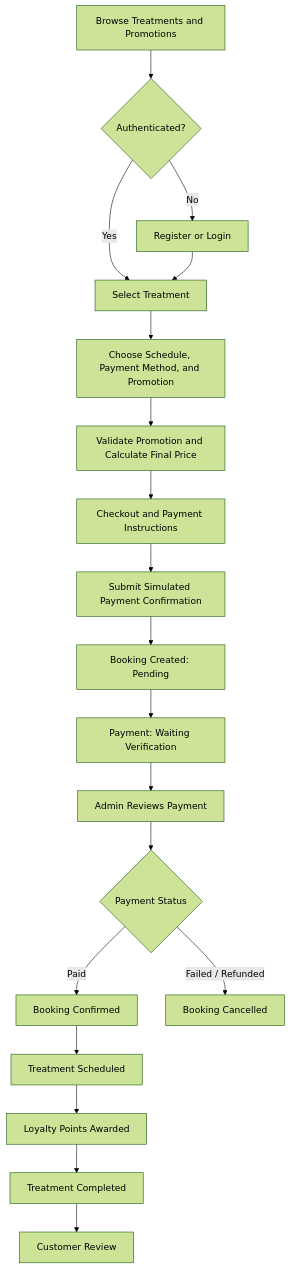
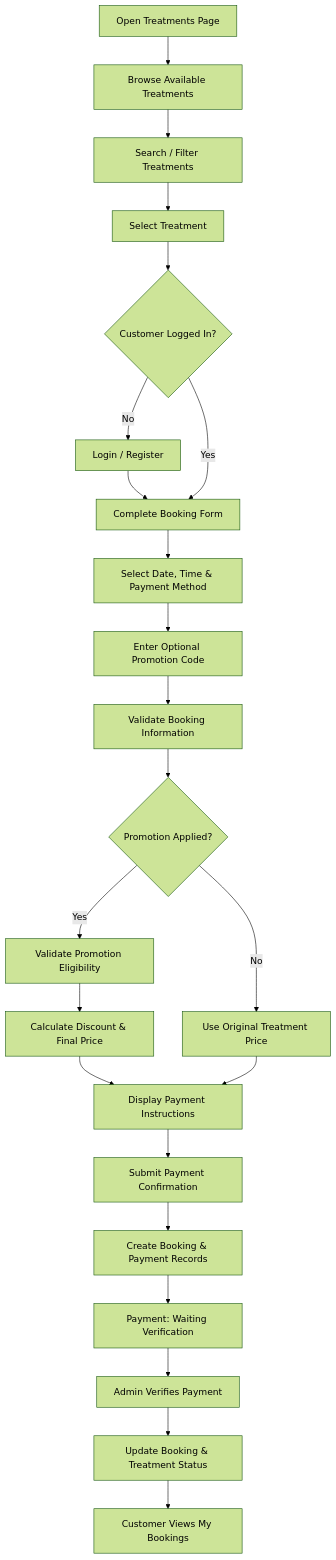
One commit to audyyagustin/lumiere-beauty changed the first of 2 diagrams in README.md. Above: the diagram before and after it, drawn with Mermaid (forest theme). The commit also changed other lines of this file, not shown here.

````diff
--- a/README.md
+++ b/README.md
@@ -86,27 +169,36 @@
 ```mermaid
 flowchart TD
-    A["Browse Treatments and Promotions"] --> B{"Authenticated?"}
+    A["Open Treatments Page"] --> B["Browse Available Treatments"]
+    B --> C["Search / Filter Treatments"]
+    C --> D["Select Treatment"]
 
-    B -- "No" --> C["Register or Login"]
-    B -- "Yes" --> D["Select Treatment"]
-    C --> D
+    D --> E{"Customer Logged In?"}
 
-    D --> E["Choose Schedule, Payment Method, and Promotion"]
-    E --> F["Validate Promotion and Calculate Final Price"]
-    F --> G["Checkout and Payment Instructions"]
-    G --> H["Submit Simulated Payment Confirmation"]
+    E -- No --> F["Login / Register"]
+    F --> G["Complete Booking Form"]
 
-    H --> I["Booking Created: Pending"]
-    I --> J["Payment: Waiting Verification"]
+    E -- Yes --> G
 
-    J --> K["Admin Reviews Payment"]
-    K --> L{"Payment Status"}
+    G --> H["Select Date, Time & Payment Method"]
+    H --> I["Enter Optional Promotion Code"]
+    I --> J["Validate Booking Information"]
 
-    L -- "Paid" --> M["Booking Confirmed"]
-    M --> N["Treatment Scheduled"]
-    N --> O["Loyalty Points Awarded"]
-    O --> P["Treatment Completed"]
-    P --> Q["Customer Review"]
+    J --> K{"Promotion Applied?"}
 
-    L -- "Failed / Refunded" --> R["Booking Cancelled"]
+    K -- Yes --> L["Validate Promotion Eligibility"]
+    L --> M["Calculate Discount & Final Price"]
+
+    K -- No --> N["Use Original Treatment Price"]
+
+    M --> O["Display Payment Instructions"]
+    N --> O
+
+    O --> P["Submit Payment Confirmation"]
+    P --> Q["Create Booking & Payment Records"]
+
+    Q --> R["Payment: Waiting Verification"]
+    R --> S["Admin Verifies Payment"]
+    S --> T["Update Booking & Treatment Status"]
+
+    T --> U["Customer Views My Bookings"]
 ```
````
